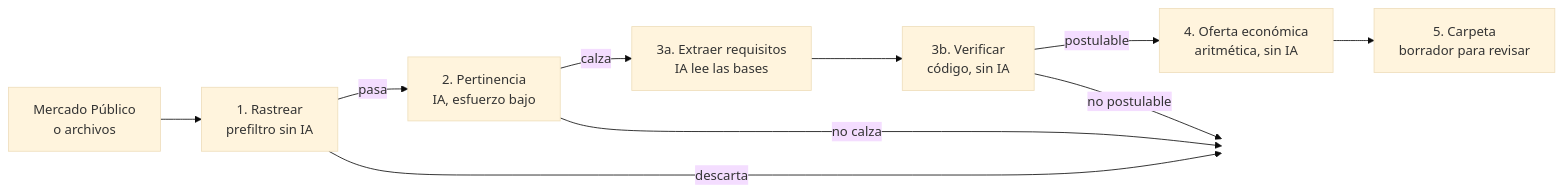
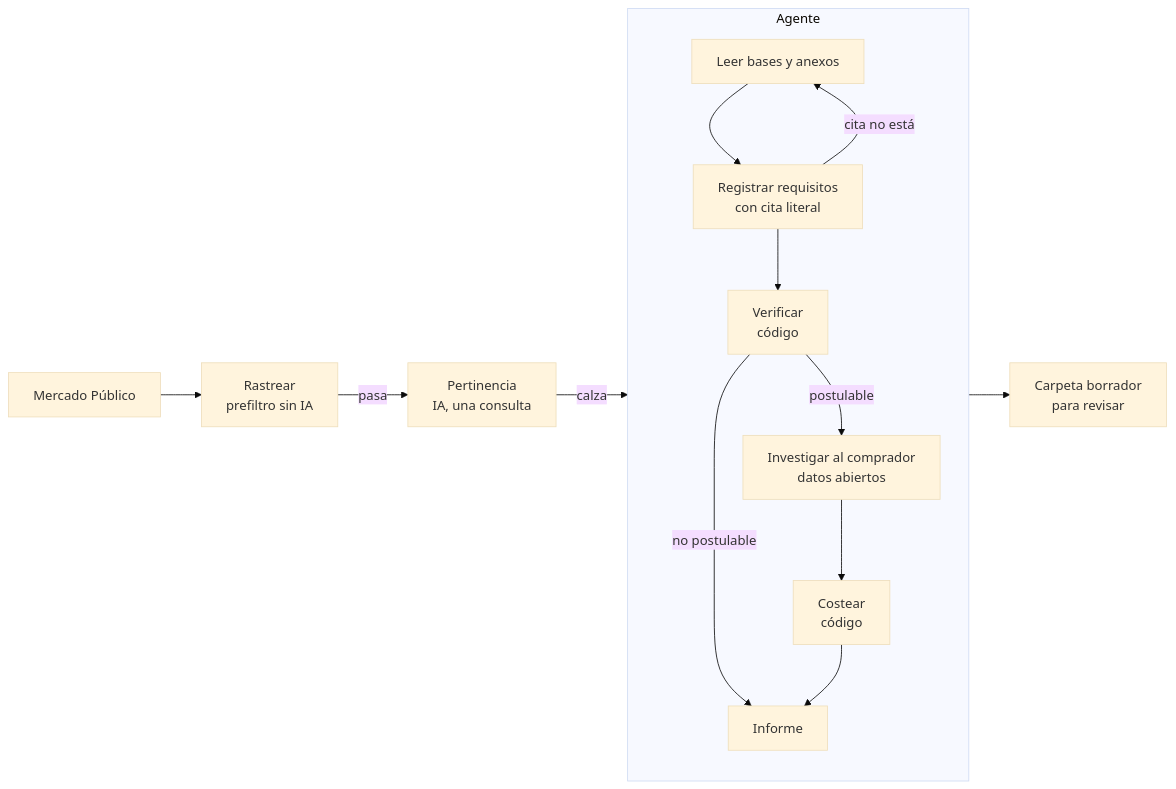
The diagram in README.md (mfarrendev/agente-compras-publicas), drawn with Mermaid (base theme) before and after one commit. The commit also changed other lines of this file and 12 other files, not shown here.

First line of the commit message:
El agente: un modelo con herramientas que estudia la compra entera

````diff
--- a/README.md
+++ b/README.md
@@ -54,13 +113,17 @@
 ```mermaid
 flowchart LR
-  A[Mercado Público<br/>o archivos] --> B[1. Rastrear<br/>prefiltro sin IA]
-  B -->|pasa| C[2. Pertinencia<br/>IA, esfuerzo bajo]
-  C -->|calza| D[3a. Extraer requisitos<br/>IA lee las bases]
-  D --> E[3b. Verificar<br/>código, sin IA]
-  E -->|postulable| F[4. Oferta económica<br/>aritmética, sin IA]
-  F --> G[5. Carpeta<br/>borrador para revisar]
-  B -->|descarta| X[ ]
-  C -->|no calza| X
-  E -->|no postulable| X
-  style X fill:none,stroke:none
+  A[Mercado Público] --> B[Rastrear<br/>prefiltro sin IA]
+  B -->|pasa| C[Pertinencia<br/>IA, una consulta]
+  C -->|calza| D
+  subgraph D[Agente]
+    direction TB
+    L[Leer bases y anexos] --> R[Registrar requisitos<br/>con cita literal]
+    R -->|cita no está| L
+    R --> V[Verificar<br/>código]
+    V -->|postulable| H[Investigar al comprador<br/>datos abiertos]
+    H --> K[Costear<br/>código]
+    V -->|no postulable| I[Informe]
+    K --> I
+  end
+  D --> F[Carpeta borrador<br/>para revisar]
 ```
````
